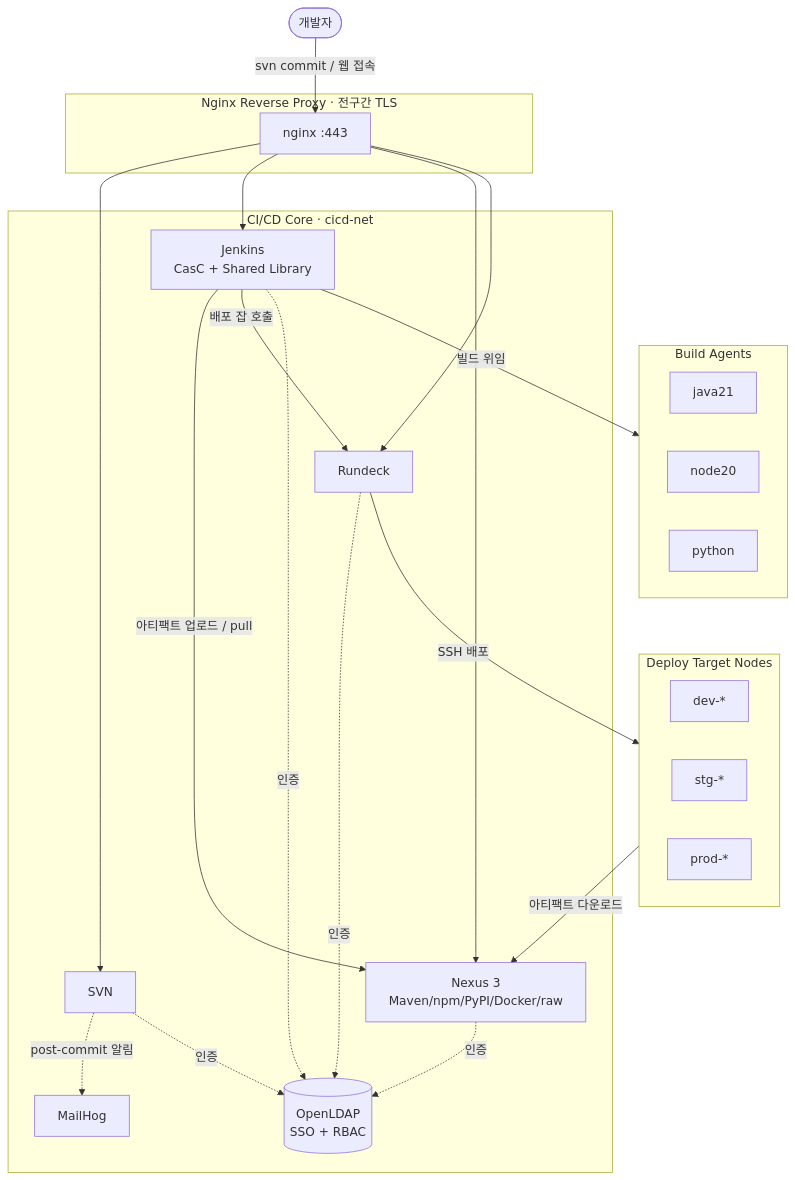
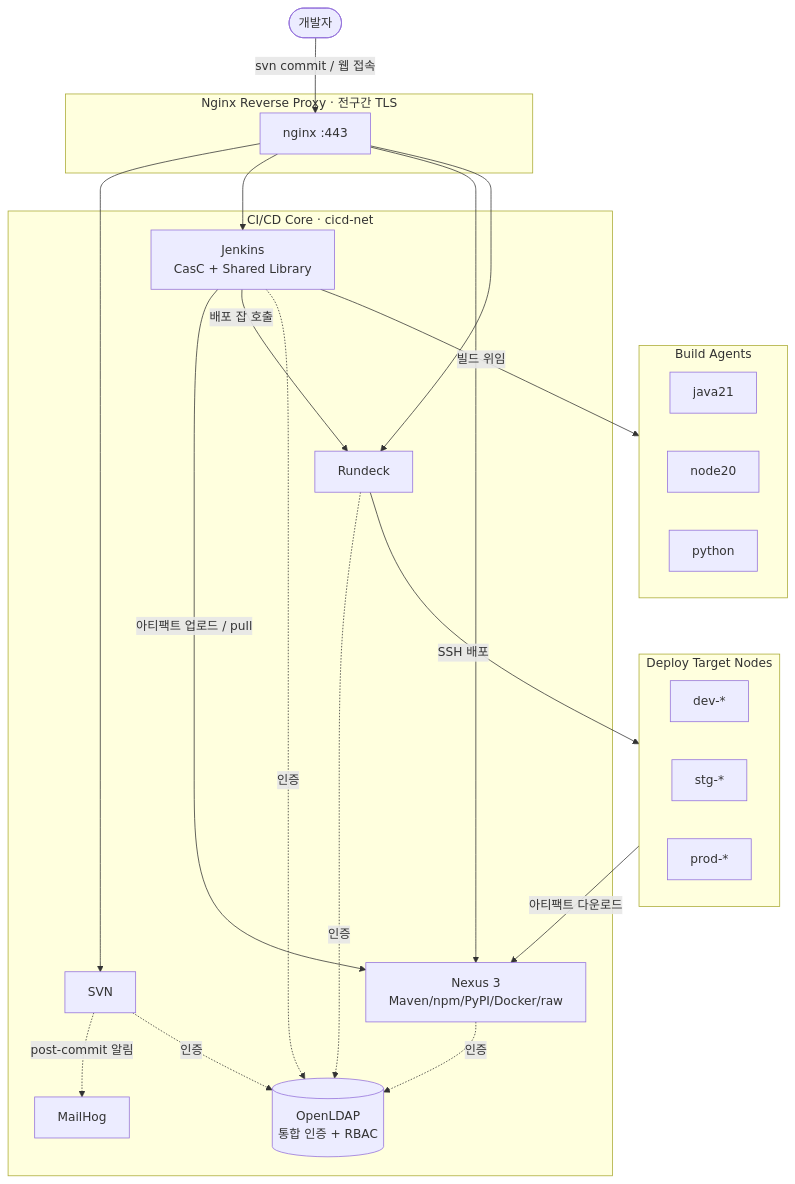
The first of 2 diagrams in README.md (ghkimdev/enterprise-devops-platform), drawn with Mermaid before and after one commit. The commit also changed other lines of this file, not shown here.

````diff
--- a/README.md
+++ b/README.md
@@ -73,44 +110,44 @@
 ```mermaid
 flowchart TB
     Dev([개발자])
 
     subgraph proxy [Nginx Reverse Proxy · 전구간 TLS]
         NX[nginx :443]
     end
 
     subgraph core [CI/CD Core · cicd-net]
         SVN[SVN]
         JEN[Jenkins<br/>CasC + Shared Library]
         NEXUS[Nexus 3<br/>Maven/npm/PyPI/Docker/raw]
         RD[Rundeck]
-        LDAP[(OpenLDAP<br/>SSO + RBAC)]
+        LDAP[(OpenLDAP<br/>통합 인증 + RBAC)]
         MAIL[MailHog]
     end
 
     subgraph agents [Build Agents]
         AJ[java21]
         AN[node20]
         AP[python]
     end
 
     subgraph nodes [Deploy Target Nodes]
         DEV[dev-*]
         STG[stg-*]
         PROD[prod-*]
     end
 
     Dev -->|svn commit / 웹 접속| NX
     NX --> SVN & JEN & NEXUS & RD
 
     SVN -.->|post-commit 알림| MAIL
     JEN -->|빌드 위임| agents
     JEN -->|아티팩트 업로드 / pull| NEXUS
     JEN -->|배포 잡 호출| RD
     RD -->|SSH 배포| nodes
     nodes -->|아티팩트 다운로드| NEXUS
 
     JEN -. 인증 .-> LDAP
     RD -. 인증 .-> LDAP
     NEXUS -. 인증 .-> LDAP
     SVN -. 인증 .-> LDAP
 ```
````
